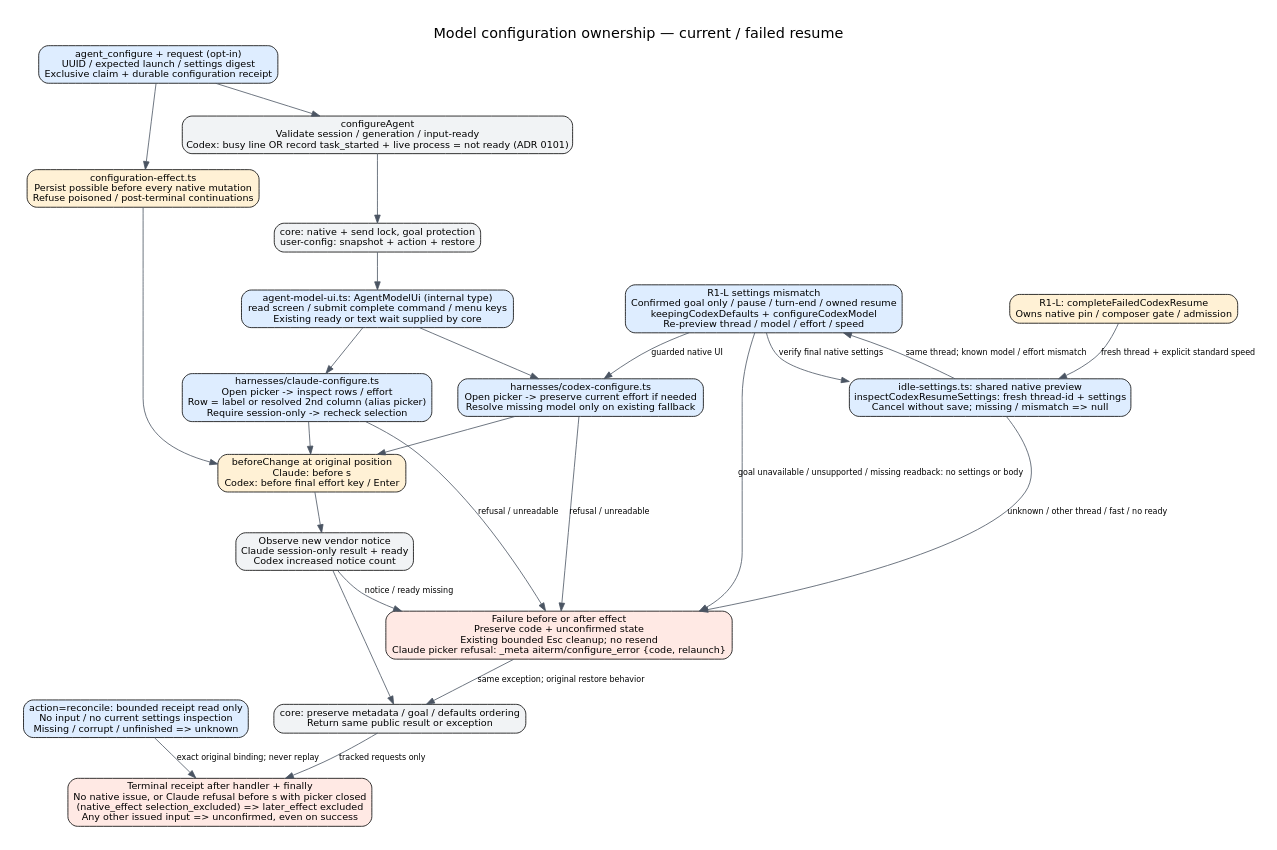
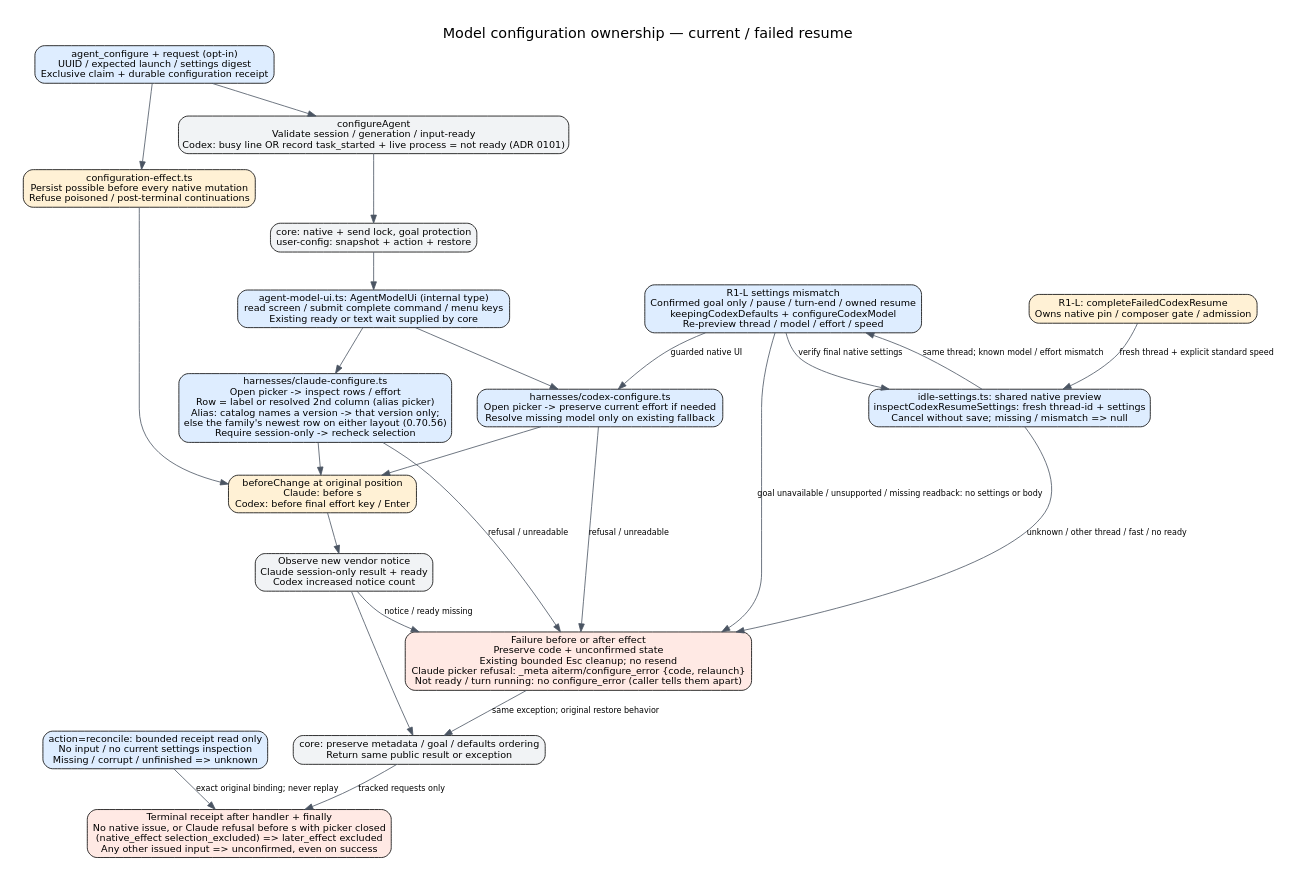
Before and after one commit to kitepon/aiterm-mcp: the diagram in docs/architecture/model-configuration.dot, drawn with Graphviz. The commit also changed 8 other files, not shown here.

First line of the commit message:
Draw startup screen states and the alias rule; withdraw the receipt refusal

```diff
--- a/docs/architecture/model-configuration.dot
+++ b/docs/architecture/model-configuration.dot
@@ -1,47 +1,47 @@
 digraph configuration {
  graph [rankdir=TB,bgcolor="white",pad=0.3,nodesep=0.45,ranksep=0.55,fontname="DejaVu Sans",fontsize=18,label="Model configuration ownership — current / failed resume",labelloc=t];
  node [shape=box,style="rounded,filled",fillcolor="#f1f3f5",fontname="DejaVu Sans",fontsize=12];
  edge [fontname="DejaVu Sans",fontsize=10,color="#4b5563"];
  request [label="configureAgent\nValidate session / generation / input-ready\nCodex: busy line OR record task_started + live process = not ready (ADR 0101)"];
  tracked [label="agent_configure + request (opt-in)\nUUID / expected launch / settings digest\nExclusive claim + durable configuration receipt",fillcolor="#deedff"];
  effect_guard [label="configuration-effect.ts\nPersist possible before every native mutation\nRefuse poisoned / post-terminal continuations",fillcolor="#fff1d5"];
  reconcile [label="action=reconcile: bounded receipt read only\nNo input / no current settings inspection\nMissing / corrupt / unfinished => unknown",fillcolor="#deedff"];
  receipt [label="Terminal receipt after handler + finally\nNo native issue, or Claude refusal before s with picker closed\n(native_effect selection_excluded) => later_effect excluded\nAny other issued input => unconfirmed, even on success",fillcolor="#ffe9e4"];
  tracked -> request;
  tracked -> effect_guard;
  effect_guard -> sideeffect;
  result -> receipt [label="tracked requests only"];
  reconcile -> receipt [label="exact original binding; never replay"];
  lock [label="core: native + send lock, goal protection\nuser-config: snapshot + action + restore"];
  port [label="agent-model-ui.ts: AgentModelUi (internal type)\nread screen / submit complete command / menu keys\nExisting ready or text wait supplied by core",fillcolor="#deedff"];
- claude [label="harnesses/claude-configure.ts\nOpen picker -> inspect rows / effort\nRow = label or resolved 2nd column (alias picker)\nRequire session-only -> recheck selection",fillcolor="#deedff"];
+ claude [label="harnesses/claude-configure.ts\nOpen picker -> inspect rows / effort\nRow = label or resolved 2nd column (alias picker)\nAlias: catalog names a version -> that version only;\nelse the family's newest row on either layout (0.70.56)\nRequire session-only -> recheck selection",fillcolor="#deedff"];
  codex [label="harnesses/codex-configure.ts\nOpen picker -> preserve current effort if needed\nResolve missing model only on existing fallback",fillcolor="#deedff"];
  sideeffect [label="beforeChange at original position\nClaude: before s\nCodex: before final effort key / Enter",fillcolor="#fff1d5"];
  observe [label="Observe new vendor notice\nClaude session-only result + ready\nCodex increased notice count"];
  result [label="core: preserve metadata / goal / defaults ordering\nReturn same public result or exception"];
- failure [label="Failure before or after effect\nPreserve code + unconfirmed state\nExisting bounded Esc cleanup; no resend\nClaude picker refusal: _meta aiterm/configure_error {code, relaunch}",fillcolor="#ffe9e4"];
+ failure [label="Failure before or after effect\nPreserve code + unconfirmed state\nExisting bounded Esc cleanup; no resend\nClaude picker refusal: _meta aiterm/configure_error {code, relaunch}\nNot ready / turn running: no configure_error (caller tells them apart)",fillcolor="#ffe9e4"];
  preview [label="idle-settings.ts: shared native preview\ninspectCodexResumeSettings: fresh thread-id + settings\nCancel without save; missing / mismatch => null",fillcolor="#deedff"];
  repair [label="R1-L: completeFailedCodexResume\nOwns native pin / composer gate / admission",style="rounded,filled",fillcolor="#fff1d5"];
  repair -> preview [label="fresh thread + explicit standard speed"];
  restore_resume [label="R1-L settings mismatch
 Confirmed goal only / pause / turn-end / owned resume
 keepingCodexDefaults + configureCodexModel
 Re-preview thread / model / effort / speed",fillcolor="#deedff"];
  preview -> restore_resume [label="same thread; known model / effort mismatch"];
  restore_resume -> codex [label="guarded native UI"];
  restore_resume -> failure [label="goal unavailable / unsupported / missing readback: no settings or body"];
  restore_resume -> preview [label="verify final native settings"];
  preview -> failure [label="unknown / other thread / fast / no ready"];
  request -> lock;
  lock -> port;
  port -> claude;
  port -> codex;
  claude -> sideeffect;
  codex -> sideeffect;
  sideeffect -> observe;
  observe -> result;
  claude -> failure [label="refusal / unreadable"];
  codex -> failure [label="refusal / unreadable"];
  observe -> failure [label="notice / ready missing"];
  failure -> result [label="same exception; original restore behavior"];
 }
```
